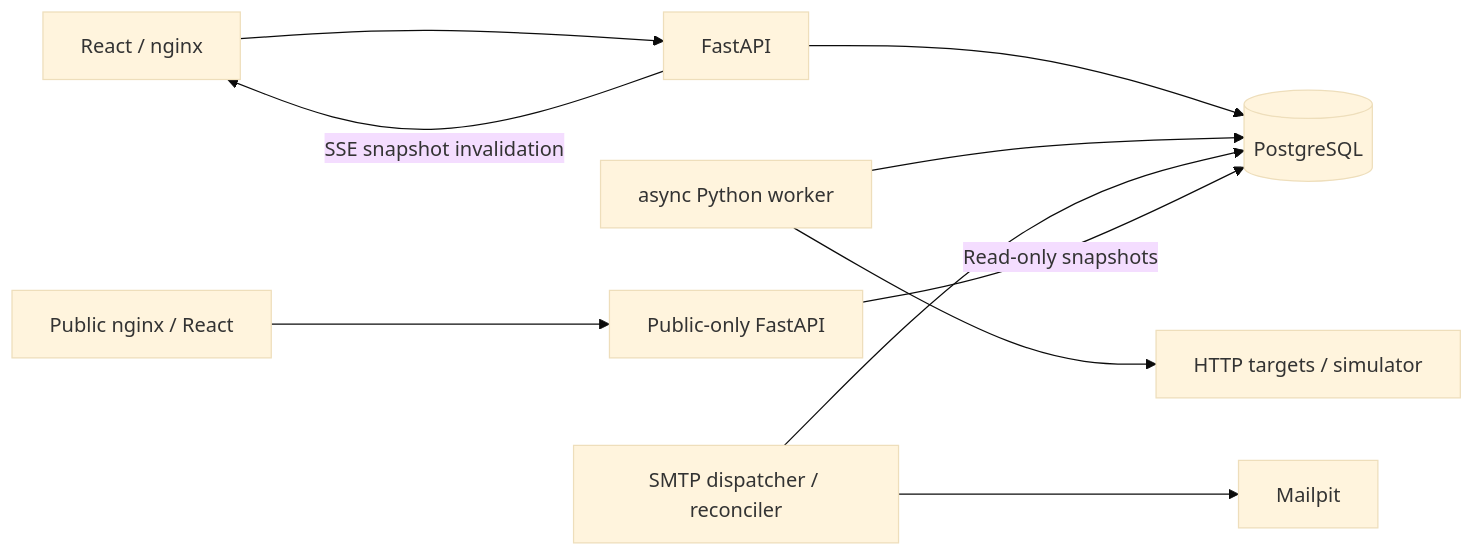
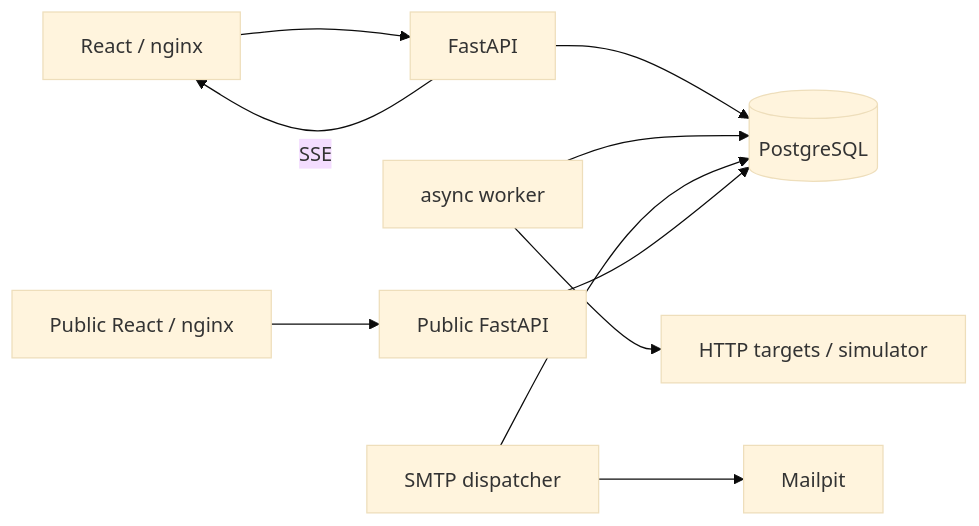
One commit to azimkhanrazdva/servicepulse changed the diagram in docs/architecture.md. Above: the diagram before and after it, drawn with Mermaid (base theme). The commit also changed other lines of this file and 115 other files, not shown here.

````diff
--- a/docs/architecture.md
+++ b/docs/architecture.md
@@ -22,12 +7,12 @@
 ```mermaid
 flowchart LR
   UI[React / nginx] --> API[FastAPI]
   API --> DB[(PostgreSQL)]
-  Worker[async Python worker] --> DB
+  Worker[async worker] --> DB
   Worker --> Targets[HTTP targets / simulator]
-  API -->|SSE snapshot invalidation| UI
-  Dispatcher[SMTP dispatcher / reconciler] --> DB
-  Dispatcher --> SMTP[Mailpit]
-  PublicUI[Public nginx / React] --> PublicAPI[Public-only FastAPI]
-  PublicAPI -->|Read-only snapshots| DB
+  API -->|SSE| UI
+  Dispatcher[SMTP dispatcher] --> DB
+  Dispatcher --> Mailpit[Mailpit]
+  PublicUI[Public React / nginx] --> PublicAPI[Public FastAPI]
+  PublicAPI --> DB
 ```
````
